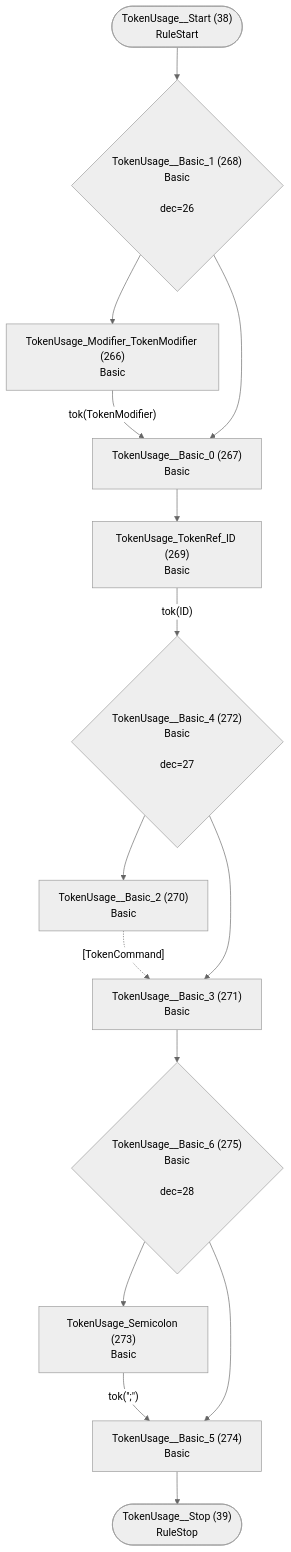
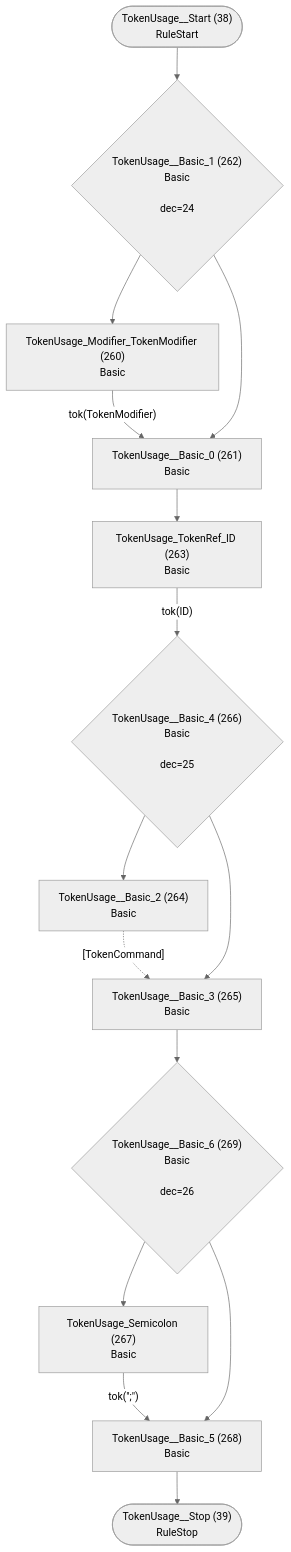
Before and after one commit to TypeFox/fastbelt: diagram 20 of 40 in internal/grammar/atn.md, drawn with Mermaid (neutral theme). The commit also changed other lines of this file and 12 other files, not shown here.

Commit message:
Removed modifier and command from token group

````diff
--- a/internal/grammar/atn.md
+++ b/internal/grammar/atn.md
@@ -606,30 +592,30 @@
 ```mermaid
 flowchart TD
     q38(["TokenUsage__Start (38)<br/>RuleStart"])
     q39(["TokenUsage__Stop (39)<br/>RuleStop"])
-    q266["TokenUsage_Modifier_TokenModifier (266)<br/>Basic<br/>"]
-    q267["TokenUsage__Basic_0 (267)<br/>Basic<br/>"]
-    q268{"TokenUsage__Basic_1 (268)<br/>Basic<br/><br/>dec=26"}
-    q269["TokenUsage_TokenRef_ID (269)<br/>Basic<br/>"]
-    q270["TokenUsage__Basic_2 (270)<br/>Basic<br/>"]
-    q271["TokenUsage__Basic_3 (271)<br/>Basic<br/>"]
-    q272{"TokenUsage__Basic_4 (272)<br/>Basic<br/><br/>dec=27"}
-    q273["TokenUsage_Semicolon (273)<br/>Basic<br/>"]
-    q274["TokenUsage__Basic_5 (274)<br/>Basic<br/>"]
-    q275{"TokenUsage__Basic_6 (275)<br/>Basic<br/><br/>dec=28"}
+    q260["TokenUsage_Modifier_TokenModifier (260)<br/>Basic<br/>"]
+    q261["TokenUsage__Basic_0 (261)<br/>Basic<br/>"]
+    q262{"TokenUsage__Basic_1 (262)<br/>Basic<br/><br/>dec=24"}
+    q263["TokenUsage_TokenRef_ID (263)<br/>Basic<br/>"]
+    q264["TokenUsage__Basic_2 (264)<br/>Basic<br/>"]
+    q265["TokenUsage__Basic_3 (265)<br/>Basic<br/>"]
+    q266{"TokenUsage__Basic_4 (266)<br/>Basic<br/><br/>dec=25"}
+    q267["TokenUsage_Semicolon (267)<br/>Basic<br/>"]
+    q268["TokenUsage__Basic_5 (268)<br/>Basic<br/>"]
+    q269{"TokenUsage__Basic_6 (269)<br/>Basic<br/><br/>dec=26"}
 
-    q38 --> q268
-    q266 -->|"tok(TokenModifier)"| q267
-    q267 --> q269
-    q268 --> q266
-    q268 --> q267
-    q269 -->|"tok(ID)"| q272
-    q270 -.->|"[TokenCommand]"| q271
-    q271 --> q275
-    q272 --> q270
-    q272 --> q271
-    q273 -->|"tok(&quot;;&quot;)"| q274
-    q274 --> q39
-    q275 --> q273
-    q275 --> q274
+    q38 --> q262
+    q260 -->|"tok(TokenModifier)"| q261
+    q261 --> q263
+    q262 --> q260
+    q262 --> q261
+    q263 -->|"tok(ID)"| q266
+    q264 -.->|"[TokenCommand]"| q265
+    q265 --> q269
+    q266 --> q264
+    q266 --> q265
+    q267 -->|"tok(&quot;;&quot;)"| q268
+    q268 --> q39
+    q269 --> q267
+    q269 --> q268
 ```
````
